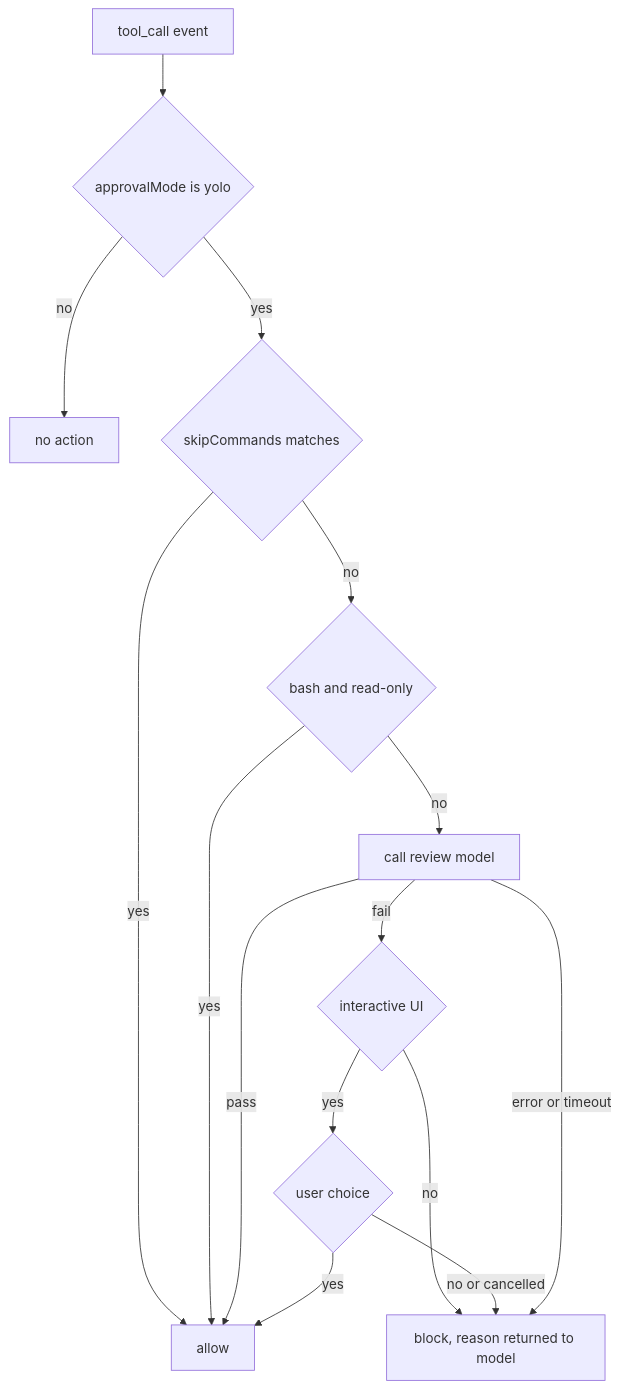
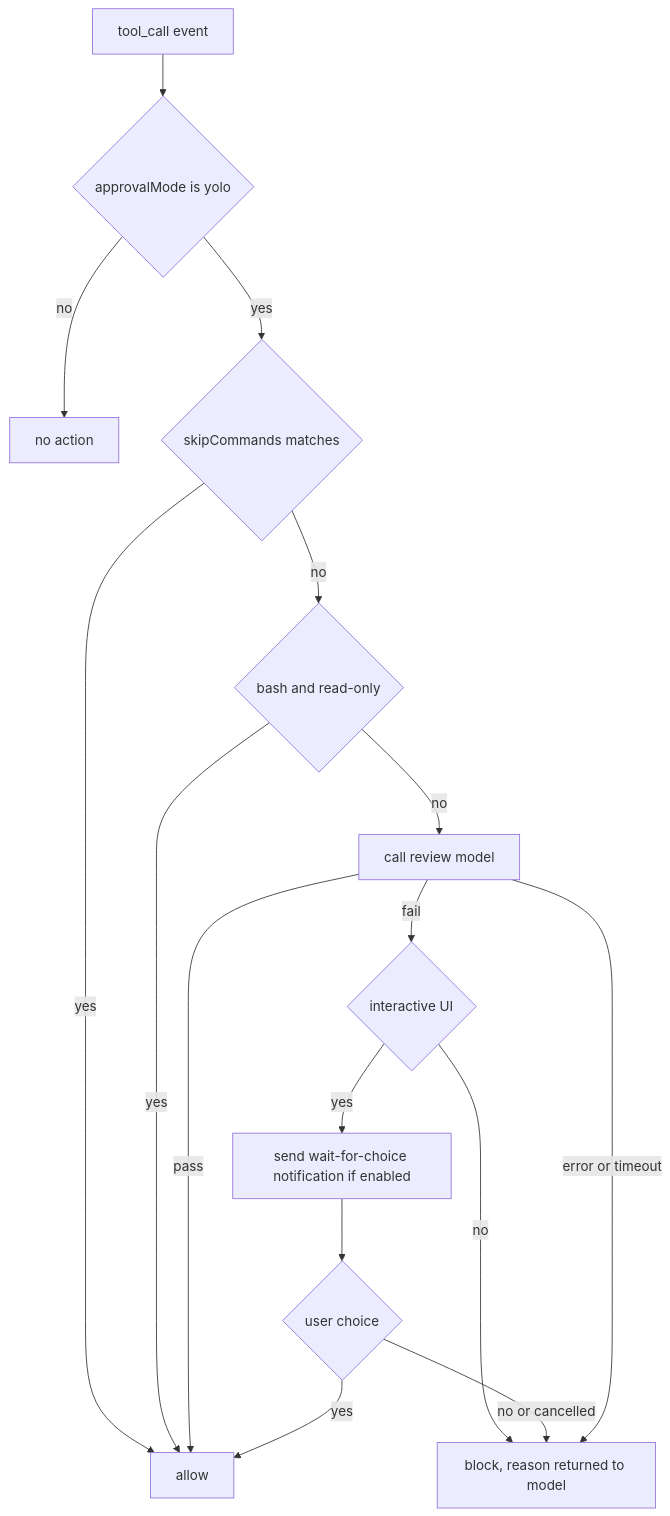
Before and after one commit to OrangeNekoo/omp-plugin-Command-review: the diagram in README.en.md, drawn with Mermaid. The commit also changed other lines of this file and 10 other files, not shown here.

````diff
--- a/README.en.md
+++ b/README.en.md
@@ -20,17 +20,18 @@
 ```mermaid
 flowchart TD
   A[tool_call event] --> B{approvalMode is yolo}
   B -- no --> Z[no action]
   B -- yes --> C{skipCommands matches}
   C -- yes --> P[allow]
   C -- no --> D{bash and read-only}
   D -- yes --> P
   D -- no --> E[call review model]
   E -- pass --> P
   E -- fail --> F{interactive UI}
   F -- no --> X[block, reason returned to model]
-  F -- yes --> G{user choice}
+  F -- yes --> N[send wait-for-choice notification if enabled]
+  N --> G{user choice}
   G -- yes --> P
   G -- no or cancelled --> X
   E -- error or timeout --> X
 ```
````
